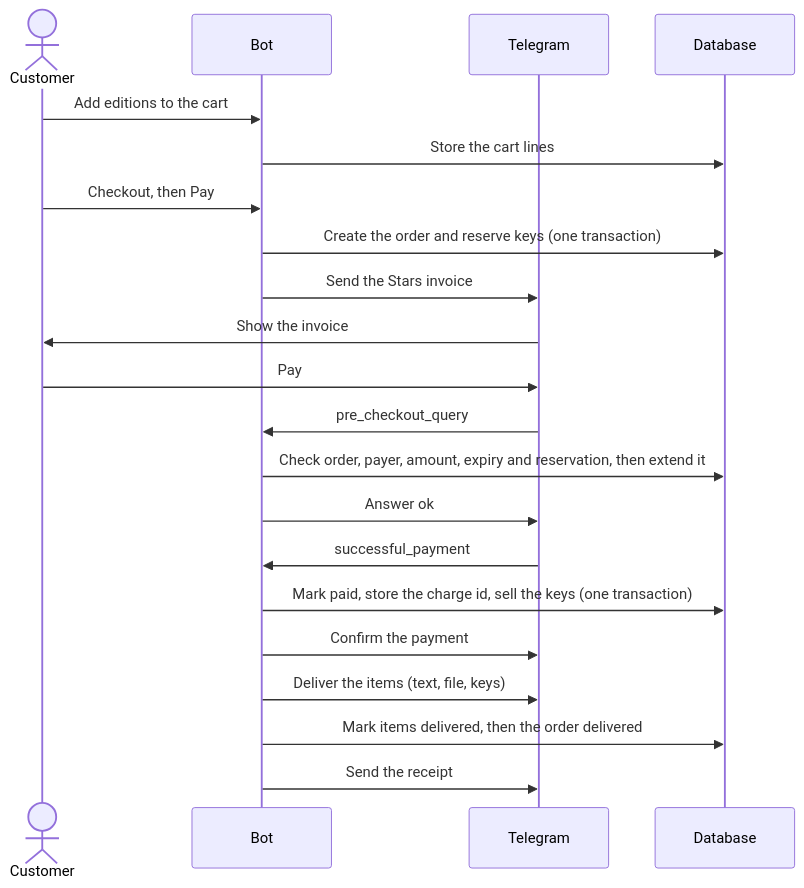
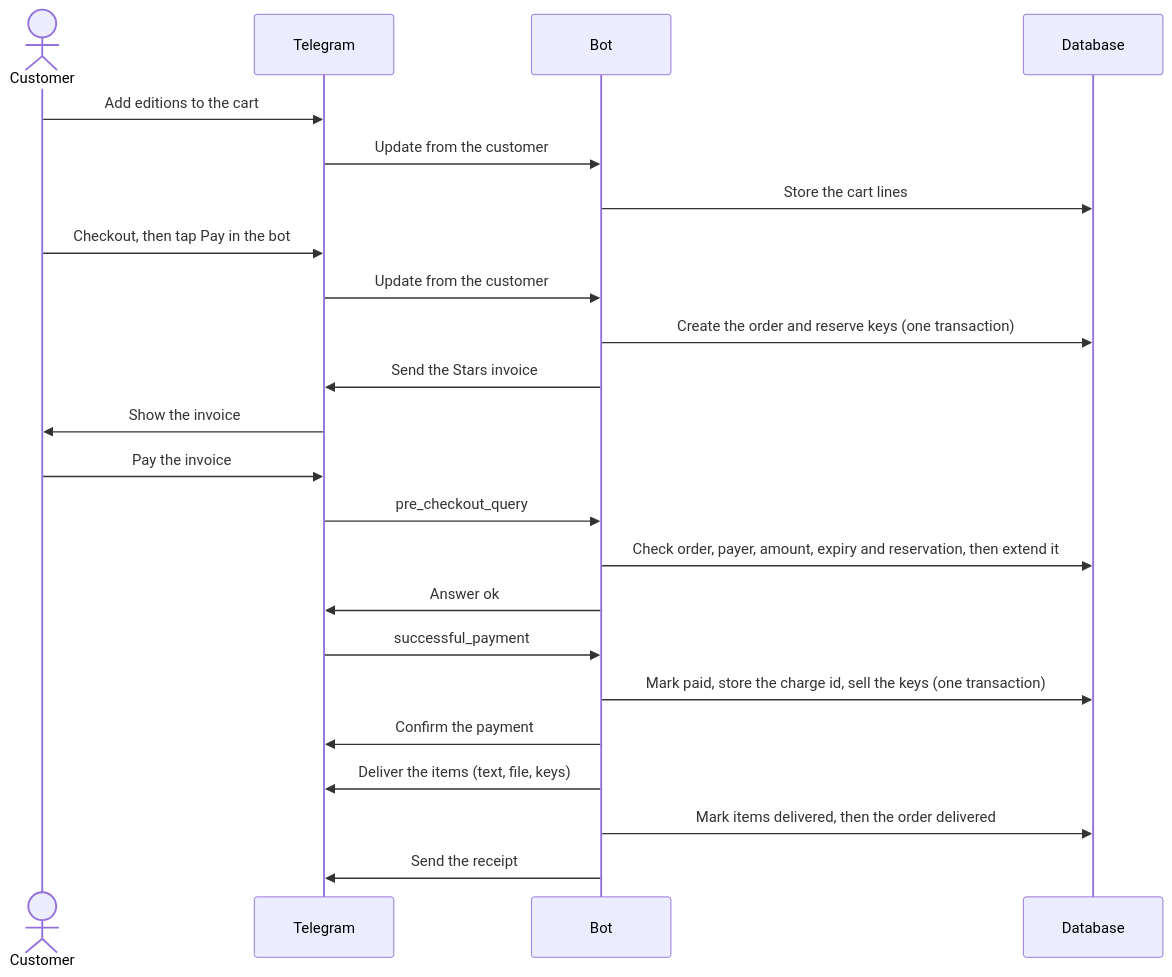
One commit to NUMINAE/numinae-store-bot changed the third of 3 diagrams in README.md. Above: the diagram before and after it, drawn with Mermaid. The commit also changed other lines of this file, not shown here.

Commit message:
docs: reorder purchase flow lanes so arrows do not cross

````diff
--- a/README.md
+++ b/README.md
@@ -112,23 +114,25 @@
 ```mermaid
 sequenceDiagram
     actor C as Customer
+    participant T as Telegram
     participant B as Bot
-    participant T as Telegram
     participant D as Database
-    C->>B: Add editions to the cart
+    C->>T: Add editions to the cart
+    T->>B: Update from the customer
     B->>D: Store the cart lines
-    C->>B: Checkout, then Pay
+    C->>T: Checkout, then tap Pay in the bot
+    T->>B: Update from the customer
     B->>D: Create the order and reserve keys (one transaction)
     B->>T: Send the Stars invoice
     T->>C: Show the invoice
-    C->>T: Pay
+    C->>T: Pay the invoice
     T->>B: pre_checkout_query
     B->>D: Check order, payer, amount, expiry and reservation, then extend it
     B->>T: Answer ok
     T->>B: successful_payment
     B->>D: Mark paid, store the charge id, sell the keys (one transaction)
     B->>T: Confirm the payment
     B->>T: Deliver the items (text, file, keys)
     B->>D: Mark items delivered, then the order delivered
     B->>T: Send the receipt
 ```
````
